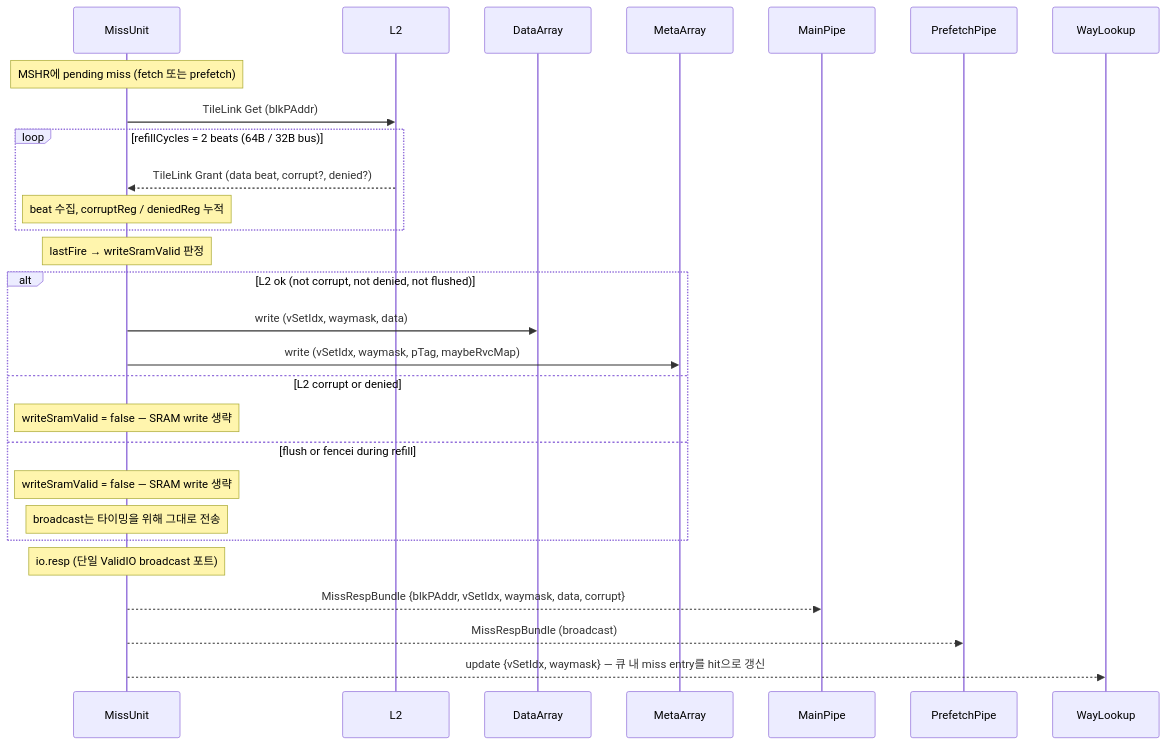
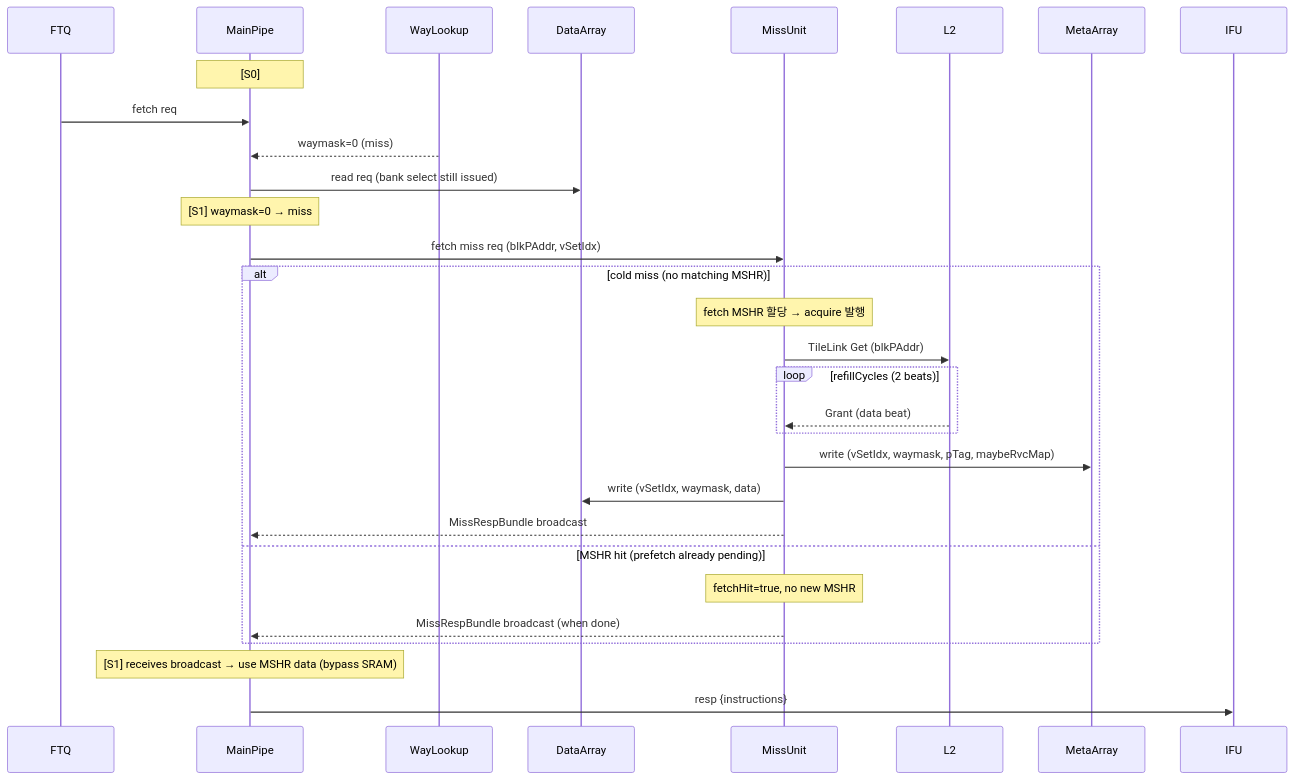
The fourth of 5 diagrams in src/main/scala/xiangshan/frontend/doc/icache_analysis.md (cinkeun/CPU_XS_02172026), drawn with Mermaid before and after one commit. The commit also changed other lines of this file, not shown here.

````diff
--- a/src/main/scala/xiangshan/frontend/doc/icache_analysis.md
+++ b/src/main/scala/xiangshan/frontend/doc/icache_analysis.md
@@ -1054,35 +718,38 @@
 ```mermaid
 sequenceDiagram
+    participant FTQ
+    participant MP as MainPipe
+    participant WL as WayLookup
+    participant Data as DataArray
     participant MU as MissUnit
     participant L2
-    participant Data as DataArray
     participant Meta as MetaArray
-    participant MP as MainPipe
-    participant PP as PrefetchPipe
-    participant WL as WayLookup
+    participant IFU
 
-    Note over MU: MSHR에 pending miss (fetch 또는 prefetch)
-    MU ->> L2: TileLink Get (blkPAddr)
+    Note over MP: [S0]
+    FTQ ->> MP: fetch req
+    WL -->> MP: waymask=0 (miss)
+    MP ->> Data: read req (bank select still issued)
 
-    loop refillCycles = 2 beats (64B / 32B bus)
-        L2 -->> MU: TileLink Grant (data beat, corrupt?, denied?)
-        Note over MU: beat 수집, corruptReg / deniedReg 누적
+    Note over MP: [S1] waymask=0 → miss
+    MP ->> MU: fetch miss req (blkPAddr, vSetIdx)
+
+    alt cold miss (no matching MSHR)
+        Note over MU: fetch MSHR 할당 → acquire 발행
+        MU ->> L2: TileLink Get (blkPAddr)
+
+        loop refillCycles (2 beats)
+            L2 -->> MU: Grant (data beat)
+        end
+
+        MU ->> Meta: write (vSetIdx, waymask, pTag, maybeRvcMap)
+        MU ->> Data: write (vSetIdx, waymask, data)
+        MU -->> MP: MissRespBundle broadcast
+    else MSHR hit (prefetch already pending)
+        Note over MU: fetchHit=true, no new MSHR
+        MU -->> MP: MissRespBundle broadcast (when done)
     end
 
-    Note over MU: lastFire → writeSramValid 판정
-
-    alt L2 ok (not corrupt, not denied, not flushed)
-        MU ->> Data: write (vSetIdx, waymask, data)
-        MU ->> Meta: write (vSetIdx, waymask, pTag, maybeRvcMap)
-    else L2 corrupt or denied
-        Note over MU: writeSramValid = false — SRAM write 생략
-    else flush or fencei during refill
-        Note over MU: writeSramValid = false — SRAM write 생략
-        Note over MU: broadcast는 타이밍을 위해 그대로 전송
-    end
-
-    Note over MU: io.resp (단일 ValidIO broadcast 포트)
-    MU -->> MP: MissRespBundle {blkPAddr, vSetIdx, waymask, data, corrupt}
-    MU -->> PP: MissRespBundle (broadcast)
-    MU -->> WL: update {vSetIdx, waymask} — 큐 내 miss entry를 hit으로 갱신
+    Note over MP: [S1] receives broadcast → use MSHR data (bypass SRAM)
+    MP ->> IFU: resp {instructions}
 ```
````
